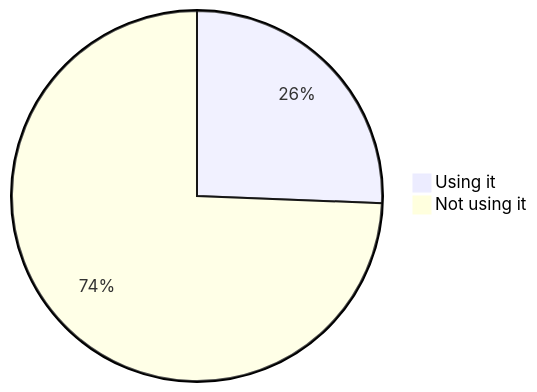
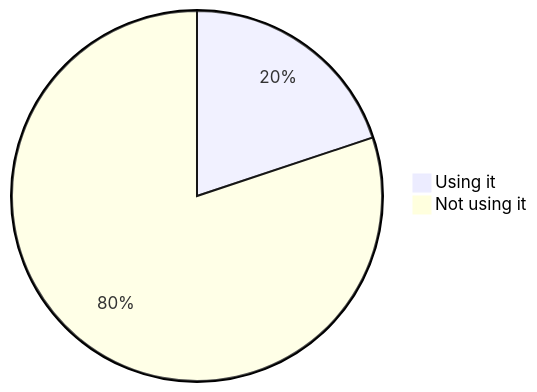
Diagram 16 of 22 in stats.md (oshp/oshp-stats), drawn with Mermaid before and after one commit. The commit also changed other lines of this file, not shown here.

````diff
--- a/stats.md
+++ b/stats.md
@@ -190,6 +190,6 @@
 ```mermaid
 pie
-	"Using it" : 25.62
-	"Not using it" : 74.38
+	"Using it" : 19.89
+	"Not using it" : 80.11
 
 ```
````
